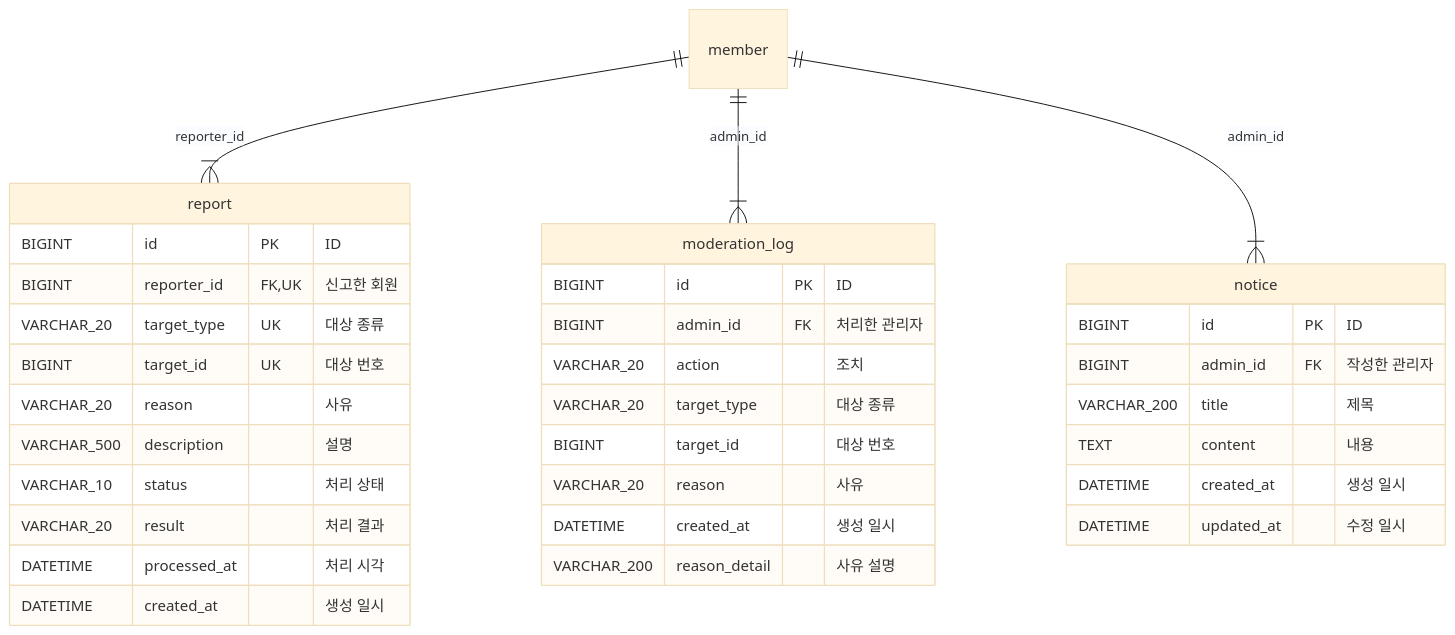
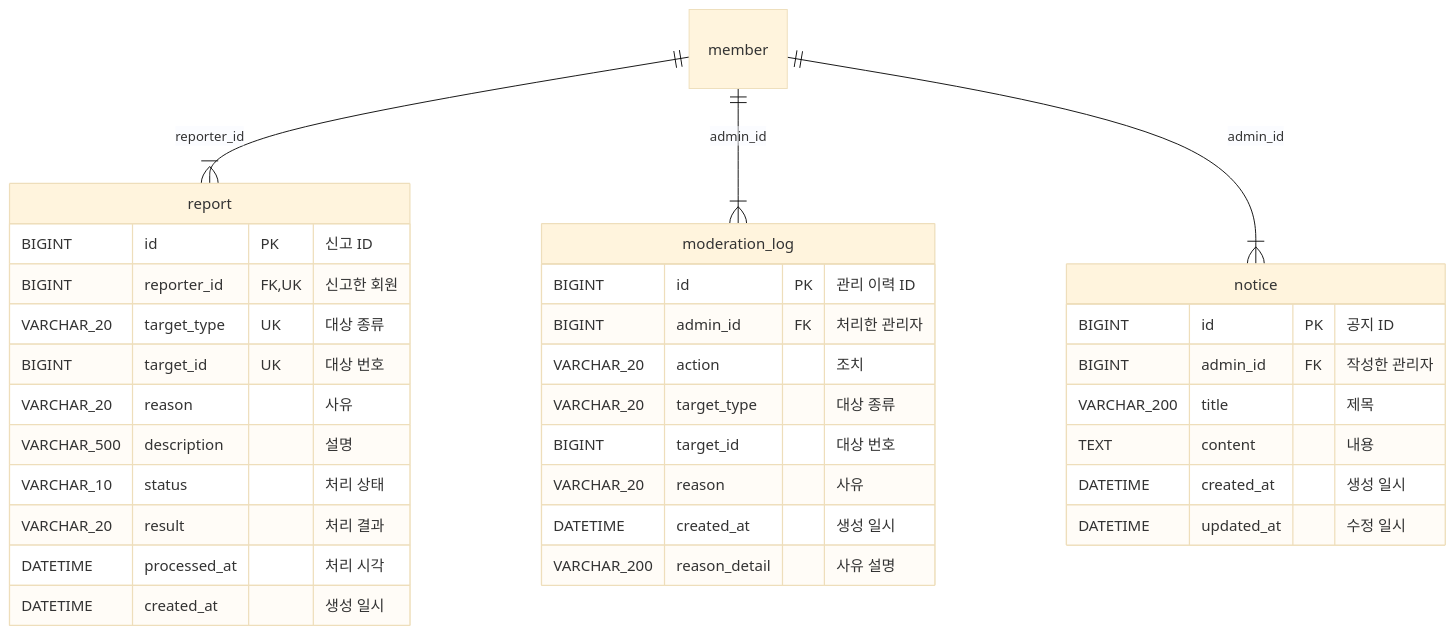
One commit to blog-hjiwon203/blog-docs changed the seventh of 7 diagrams in specs/001-tistory-blog/erd/README.md. Above: the diagram before and after it, drawn with Mermaid (base theme). The commit also changed other lines of this file and 2 other files, not shown here.

First line of the commit message:
ERD id 논리명을 '<테이블명> ID'로 맞춤

````diff
--- a/specs/001-tistory-blog/erd/README.md
+++ b/specs/001-tistory-blog/erd/README.md
@@ -725,36 +725,36 @@
 ```mermaid
 erDiagram
     report {
-        BIGINT id PK "ID"
+        BIGINT id PK "신고 ID"
         BIGINT reporter_id FK,UK "신고한 회원"
         VARCHAR_20 target_type UK "대상 종류"
         BIGINT target_id UK "대상 번호"
         VARCHAR_20 reason "사유"
         VARCHAR_500 description "설명"
         VARCHAR_10 status "처리 상태"
         VARCHAR_20 result "처리 결과"
         DATETIME processed_at "처리 시각"
         DATETIME created_at "생성 일시"
     }
     moderation_log {
-        BIGINT id PK "ID"
+        BIGINT id PK "관리 이력 ID"
         BIGINT admin_id FK "처리한 관리자"
         VARCHAR_20 action "조치"
         VARCHAR_20 target_type "대상 종류"
         BIGINT target_id "대상 번호"
         VARCHAR_20 reason "사유"
         DATETIME created_at "생성 일시"
         VARCHAR_200 reason_detail "사유 설명"
     }
     notice {
-        BIGINT id PK "ID"
+        BIGINT id PK "공지 ID"
         BIGINT admin_id FK "작성한 관리자"
         VARCHAR_200 title "제목"
         TEXT content "내용"
         DATETIME created_at "생성 일시"
         DATETIME updated_at "수정 일시"
     }
     member ||--|{ report : "reporter_id"
     member ||--|{ moderation_log : "admin_id"
     member ||--|{ notice : "admin_id"
 ```
````
